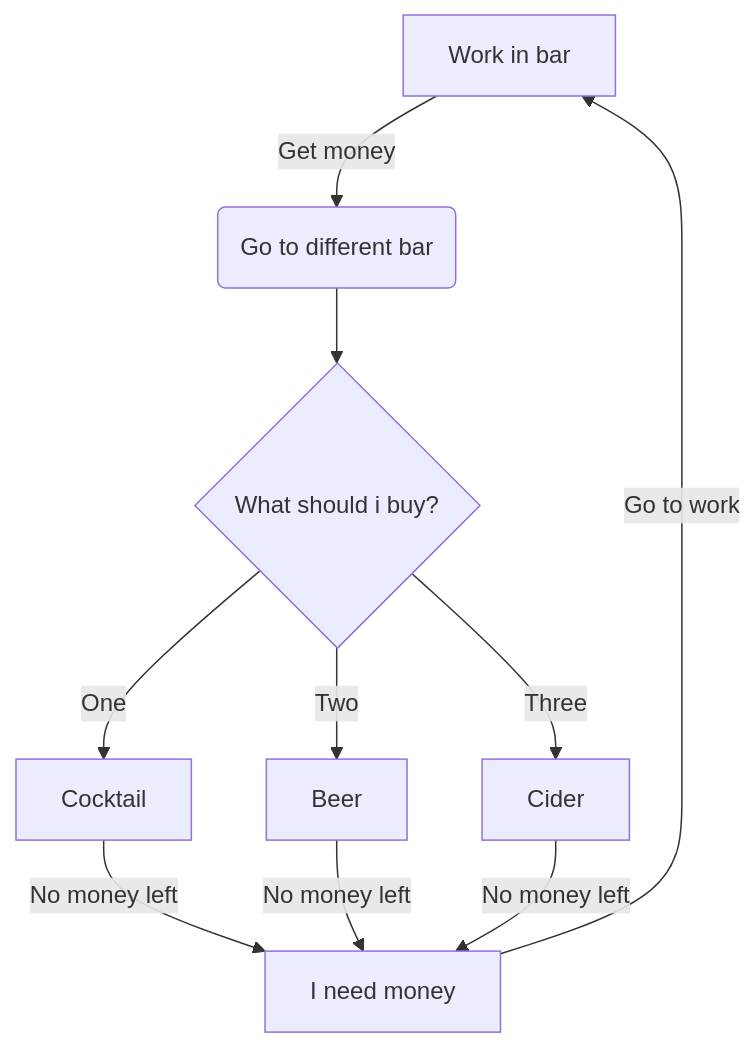
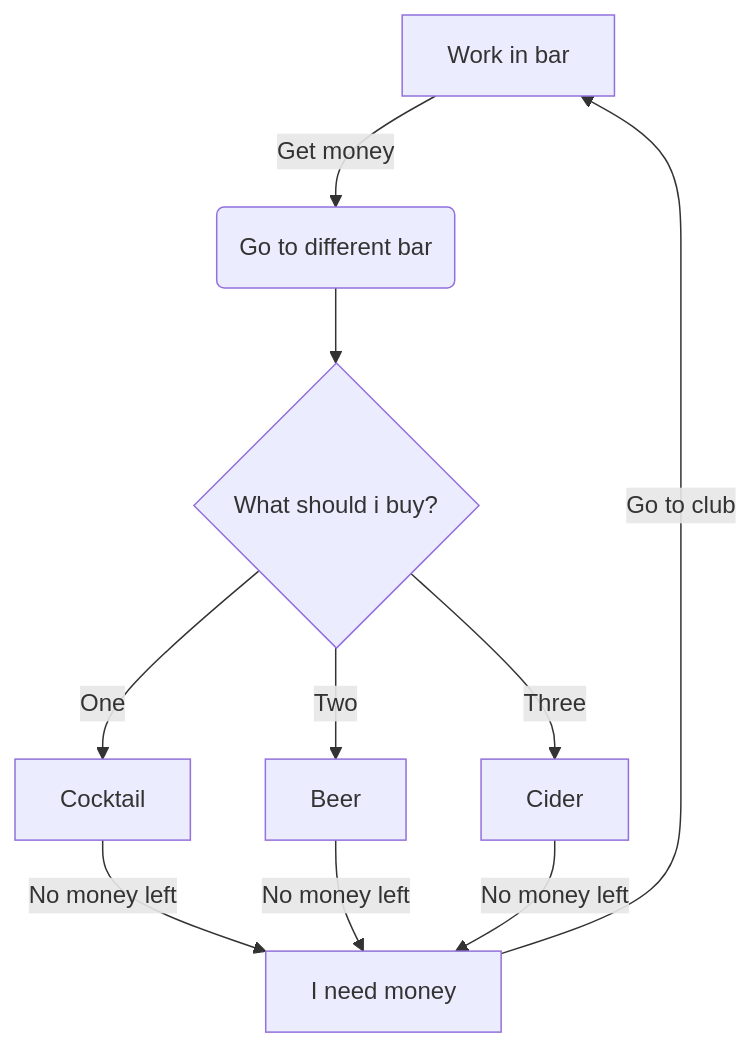
One commit to Robinrac/gitlek-grupp-2 changed the diagram in README.md. Above: the diagram before and after it, drawn with Mermaid.

````diff
--- a/README.md
+++ b/README.md
@@ -128,12 +128,12 @@
 ```mermaid
   flowchart TD
     A[Work in bar] -->|Get money| B(Go to different bar)
     B --> C{What should i buy?}
     C -->|One| D[Cocktail]
     C -->|Two| E[Beer]
     C -->|Three| F[Cider]
     D --> |No money left|G
     E --> |No money left|G
     F --> |No money left|G[I need money]
-    G --> |Go to work|A
+    G --> |Go to club|A
 ```
````
